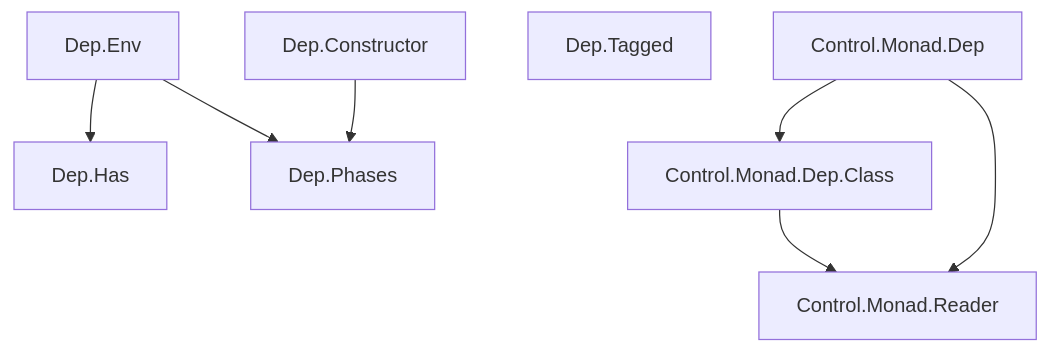
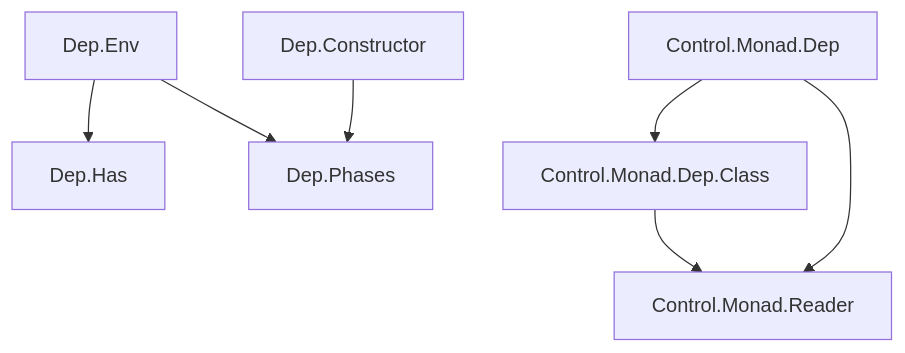
Before and after one commit to danidiaz/dep-t: the diagram in README.md, drawn with Mermaid. The commit also changed other lines of this file and 3 other files, not shown here.

````diff
--- a/README.md
+++ b/README.md
@@ -42,10 +42,9 @@
 ```mermaid
   graph TD;
       Dep.Env-->Dep.Has;
       Dep.Env-->Dep.Phases;
       Dep.Constructor-->Dep.Phases;
-      Dep.Tagged;
       Control.Monad.Dep.Class-->Control.Monad.Reader;
       Control.Monad.Dep-->Control.Monad.Reader;
       Control.Monad.Dep-->Control.Monad.Dep.Class;
 ```
````
